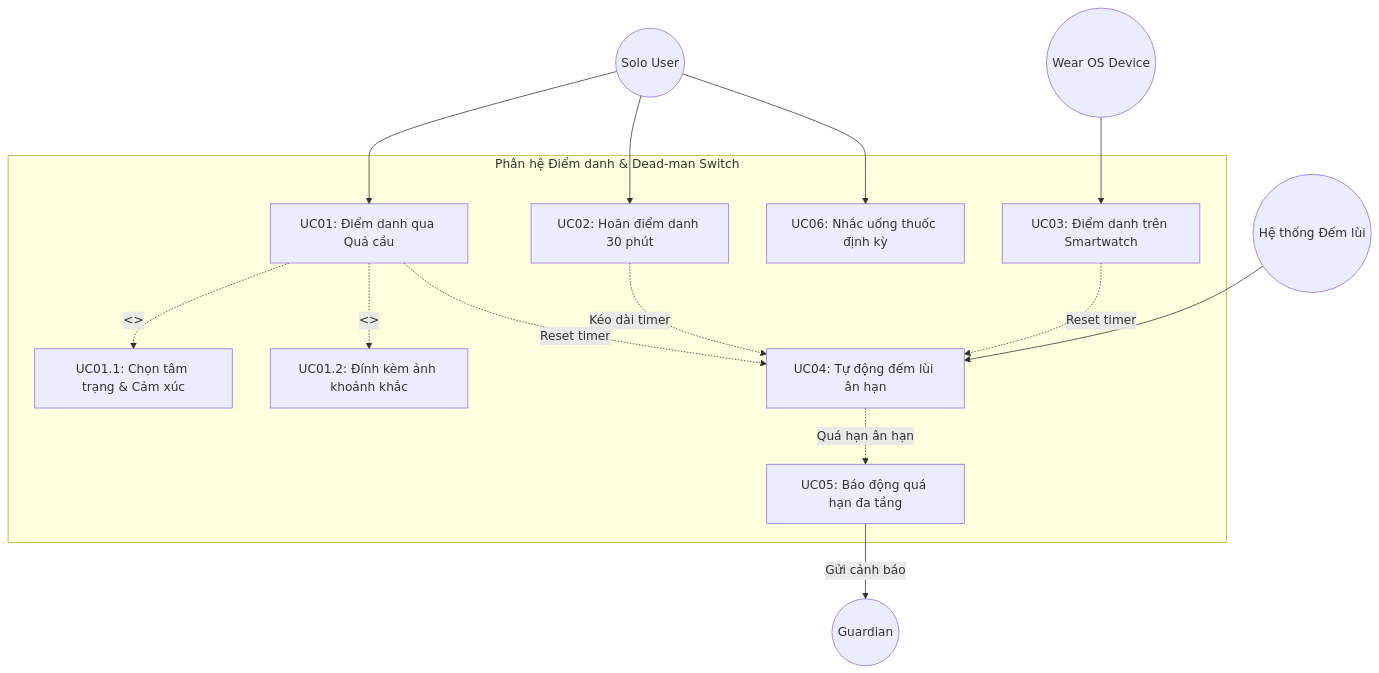
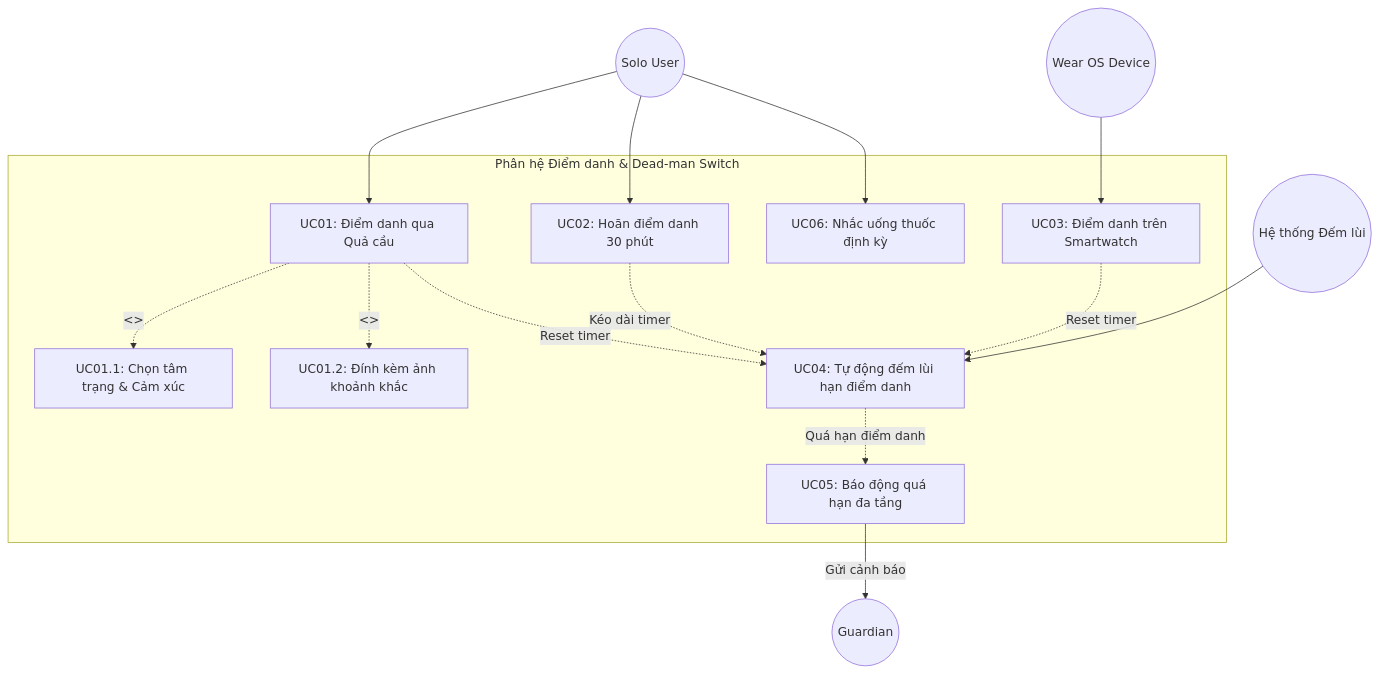
One commit to Awac8989/Safe_Solo changed the second of 9 diagrams in docs/BAO_CAO_CHUC_NANG_USE_CASE_VA_CLASS_DIAGRAM.md. Above: the diagram before and after it, drawn with Mermaid. The commit also changed other lines of this file and 95 other files, not shown here.

````diff
--- a/docs/BAO_CAO_CHUC_NANG_USE_CASE_VA_CLASS_DIAGRAM.md
+++ b/docs/BAO_CAO_CHUC_NANG_USE_CASE_VA_CLASS_DIAGRAM.md
@@ -198,34 +198,34 @@
 ```mermaid
 flowchart TD
   User((Solo User))
   Watch((Wear OS Device))
   SystemTimer((Hệ thống Đếm lùi))
   Guardian((Guardian))
 
   subgraph ModCheckin ["Phân hệ Điểm danh & Dead-man Switch"]
     UC01["UC01: Điểm danh qua Quả cầu"]
     UC01_Mood["UC01.1: Chọn tâm trạng & Cảm xúc"]
     UC01_Moment["UC01.2: Đính kèm ảnh khoảnh khắc"]
     UC02["UC02: Hoãn điểm danh 30 phút"]
     UC03["UC03: Điểm danh trên Smartwatch"]
-    UC04["UC04: Tự động đếm lùi ân hạn"]
+    UC04["UC04: Tự động đếm lùi hạn điểm danh"]
     UC05["UC05: Báo động quá hạn đa tầng"]
     UC06["UC06: Nhắc uống thuốc định kỳ"]
   end
 
   User --> UC01
   User --> UC02
   User --> UC06
   Watch --> UC03
 
   UC01 -.->|<<include>>| UC01_Mood
   UC01 -.->|<<extend>>| UC01_Moment
   
   UC01 -.->|Reset timer| UC04
   UC02 -.->|Kéo dài timer| UC04
   UC03 -.->|Reset timer| UC04
 
   SystemTimer --> UC04
-  UC04 -.->|Quá hạn ân hạn| UC05
+  UC04 -.->|Quá hạn điểm danh| UC05
   UC05 -->|Gửi cảnh báo| Guardian
 ```
````
